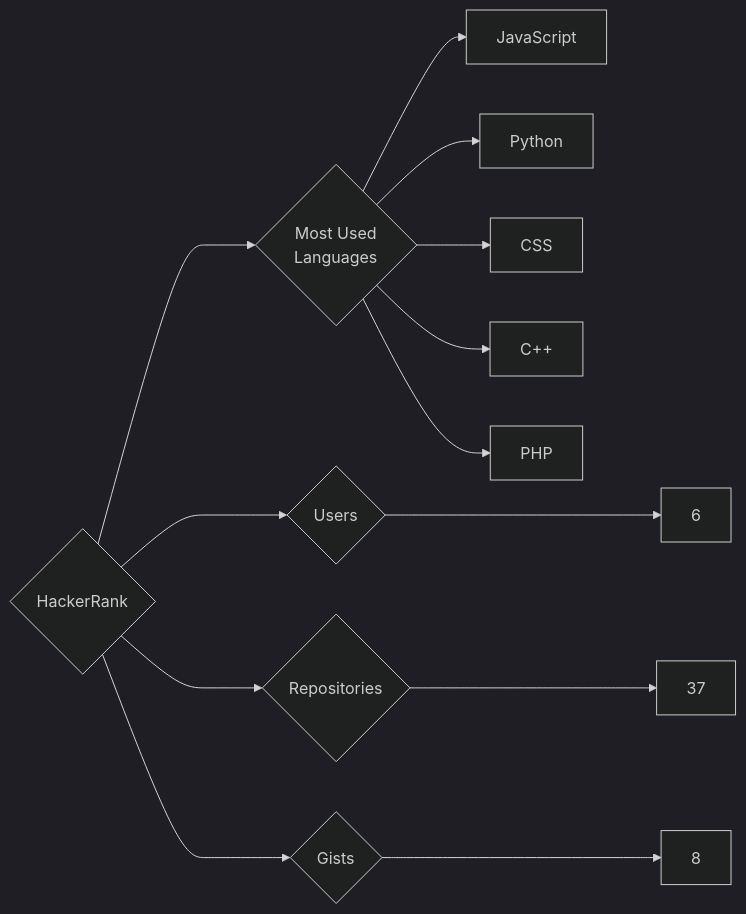
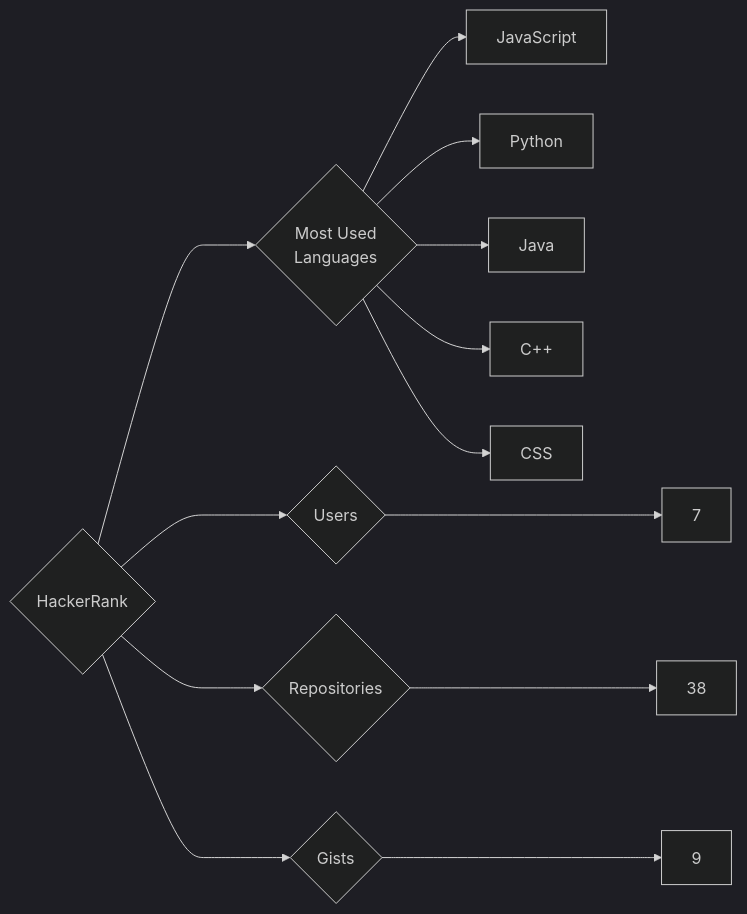
The diagram in targets/HackerRank/README.md (trickest/insiders), drawn with Mermaid (dark theme) before and after one commit. The commit also changed 964 other files, not shown here.

````diff
--- a/targets/HackerRank/README.md
+++ b/targets/HackerRank/README.md
@@ -3,13 +3,13 @@
 ```mermaid
 graph LR
 COMPANY_NAME{HackerRank}
-COMPANY_NAME ---> U{Users} ---> UN[6]
-COMPANY_NAME ---> R{Repositories} ---> RN[37]
-COMPANY_NAME ---> G{Gists} ---> GN[8]
+COMPANY_NAME ---> U{Users} ---> UN[7]
+COMPANY_NAME ---> R{Repositories} ---> RN[38]
+COMPANY_NAME ---> G{Gists} ---> GN[9]
 COMPANY_NAME ---> ML{Most Used<br>Languages}
 ML --> JavaScript[JavaScript]
 ML --> Python[Python]
+ML --> Java[Java]
+ML --> C++[C++]
 ML --> CSS[CSS]
-ML --> C++[C++]
-ML --> PHP[PHP]
 ```
````
